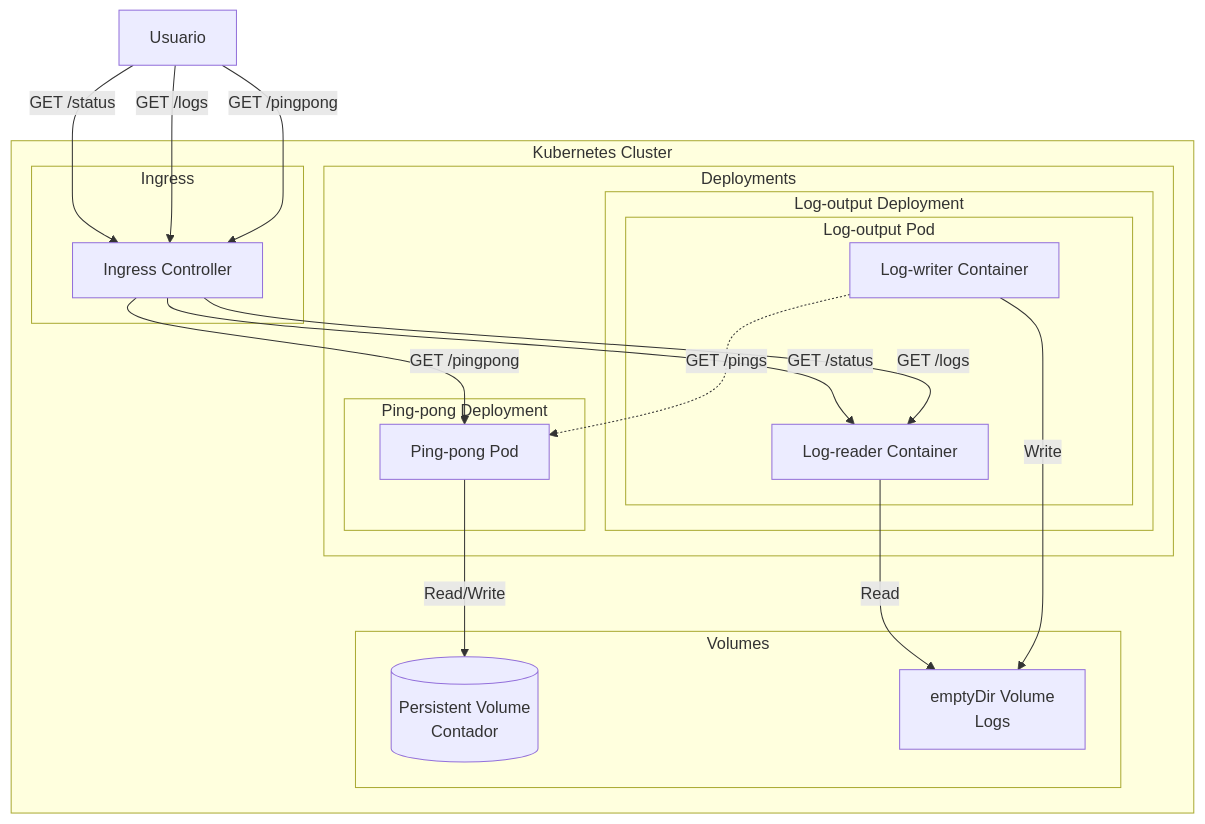
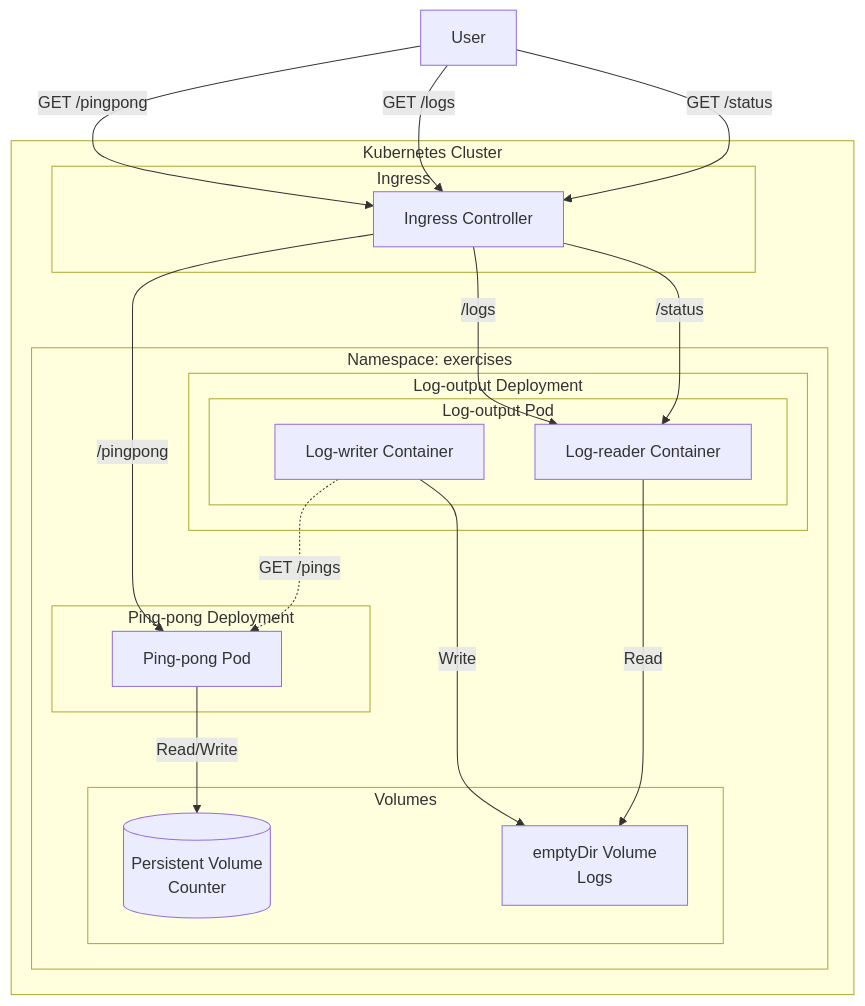
Before and after one commit to Yakovyakov/KubernetsSubmissions: the diagram in log_output/README.md, drawn with Mermaid. The commit also changed other lines of this file and 9 other files, not shown here.

````diff
--- a/log_output/README.md
+++ b/log_output/README.md
@@ -132,48 +134,43 @@
   ```mermaid
-    graph TD
-      subgraph Kubernetes Cluster
-          subgraph Ingress
-              I[Ingress Controller]
-          end
-          subgraph Deployments
-          subgraph Ping-pong Deployment
-              PP[Ping-pong Pod]
-          end
-          
-        
-          subgraph Log-output Deployment
-              LO[Log-output Pod]
-              subgraph LO[Log-output Pod]
-                  LW[Log-writer Container]
-                  LR[Log-reader Container]
-              end
-          end
-          end
-          subgraph Volumes
-              PV[(Persistent Volume<br>Contador)]
-              LV[emptyDir Volume<br>Logs]
-          end
+  graph TD
+  subgraph Kubernetes Cluster
+    subgraph Ingress
+      I[Ingress Controller]
+    end
+    subgraph "Namespace: exercises"
+      subgraph Ping-pong Deployment
+        PP[Ping-pong Pod]
       end
-    
-      User[Usuario] -->|GET /pingpong| I
-      User -->|GET /logs| I
-      User -->|GET /status| I
-    
-      I -->|GET /pingpong| PP
-      I -->|GET /logs| LR
-      I -->|GET /status| LR
-      LW -.->|GET /pings| PP
-      PP -->|Read/Write| PV
       
-      LW -->|Write| LV
-      LR -->|Read| LV
+      subgraph Log-output Deployment
+        LO[Log-output Pod]
+        subgraph LO[Log-output Pod]
+          LW[Log-writer Container]
+          LR[Log-reader Container]
+        end
+      end
+      
+      subgraph Volumes
+        PV[(Persistent Volume<br>Counter)]
+        LV[emptyDir Volume<br>Logs]
+      end
+    end
+  end
 
-    
-      
-    
-      class PP,LO pod;
-      class LW,LR,PP container;
-      class PV,LV storage;
-      class I ingress;
-      class Legend legend;
+  User[User] -->|GET /pingpong| I
+  User -->|GET /logs| I
+  User -->|GET /status| I
+
+  I -->|/pingpong| PP
+  I -->|/logs| LR
+  I -->|/status| LR
+  LW -.->|GET /pings| PP
+  PP -->|Read/Write| PV
+  LW -->|Write| LV
+  LR -->|Read| LV
+
+  class PP,LO pod;
+  class LW,LR container;
+  class PV,LV storage;
+  class I ingress;
   ```
````
